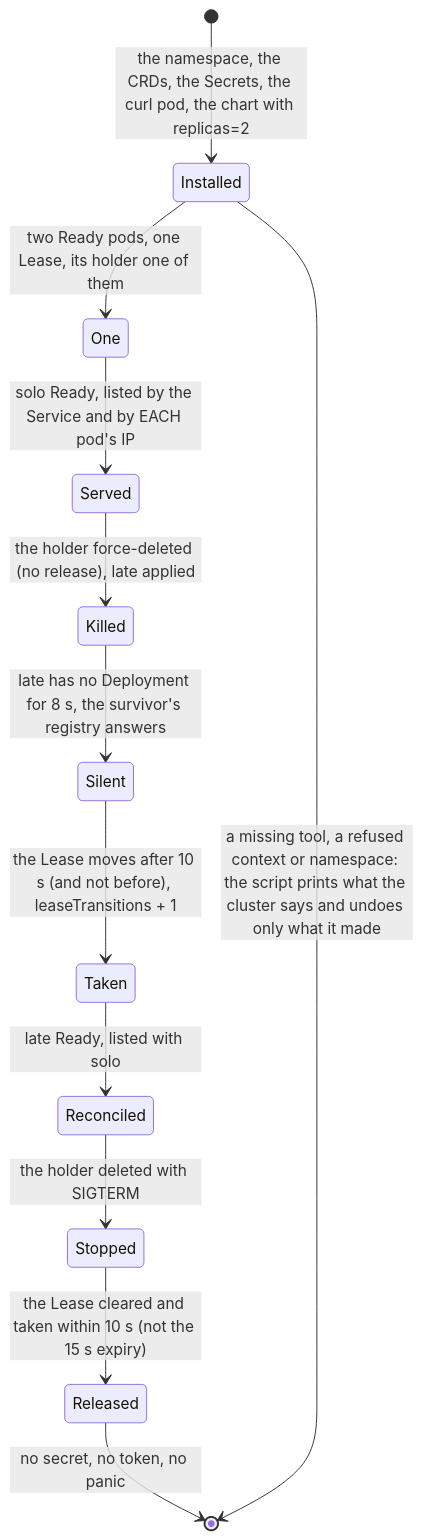
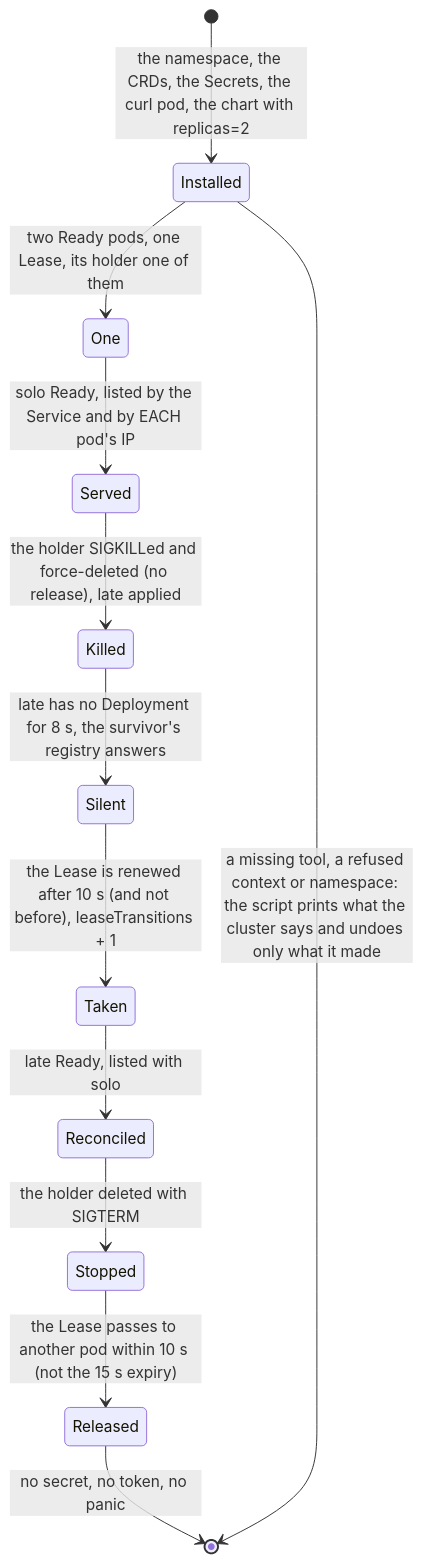
Before and after one commit to vymalo/another-agentic-platform: diagram 12 of 12 in deploy/operator/tests/e2e/README.md, drawn with Mermaid. The commit also changed other lines of this file and 8 other files, not shown here.

````diff
--- a/deploy/operator/tests/e2e/README.md
+++ b/deploy/operator/tests/e2e/README.md
@@ -752,14 +752,14 @@
 ```mermaid
 stateDiagram-v2
     [*] --> Installed: the namespace, the CRDs, the Secrets, the curl pod, the chart with replicas=2
     Installed --> One: two Ready pods, one Lease, its holder one of them
     One --> Served: solo Ready, listed by the Service and by EACH pod's IP
-    Served --> Killed: the holder force-deleted (no release), late applied
+    Served --> Killed: the holder SIGKILLed and force-deleted (no release), late applied
     Killed --> Silent: late has no Deployment for 8 s, the survivor's registry answers
-    Silent --> Taken: the Lease moves after 10 s (and not before), leaseTransitions + 1
+    Silent --> Taken: the Lease is renewed after 10 s (and not before), leaseTransitions + 1
     Taken --> Reconciled: late Ready, listed with solo
     Reconciled --> Stopped: the holder deleted with SIGTERM
-    Stopped --> Released: the Lease cleared and taken within 10 s (not the 15 s expiry)
+    Stopped --> Released: the Lease passes to another pod within 10 s (not the 15 s expiry)
     Released --> [*]: no secret, no token, no panic
     Installed --> [*]: a missing tool, a refused context or namespace: the script prints what the cluster says and undoes only what it made
 ```
````
